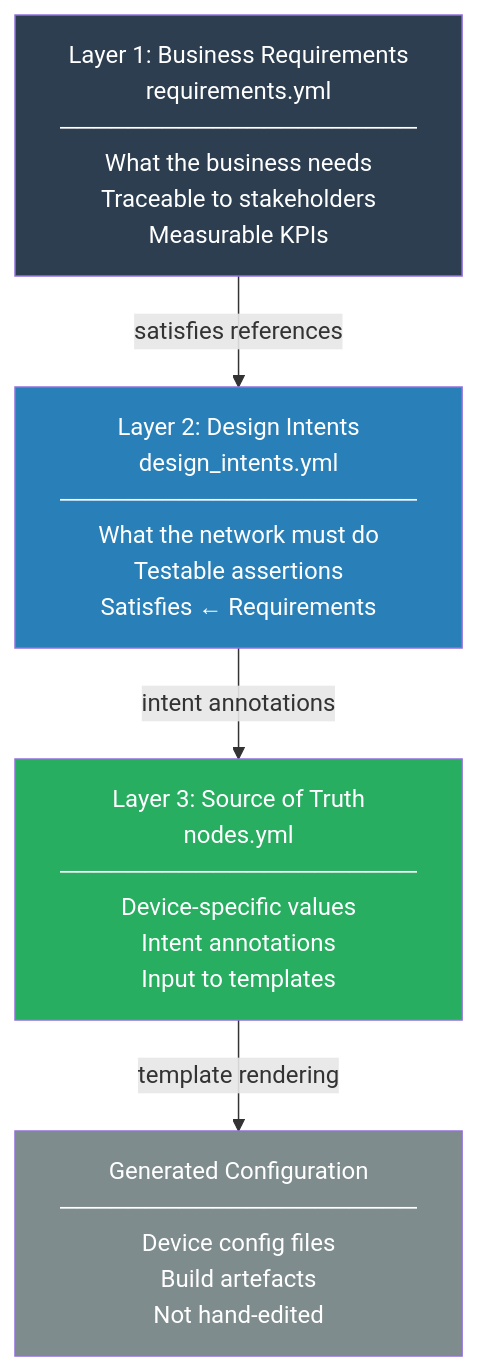
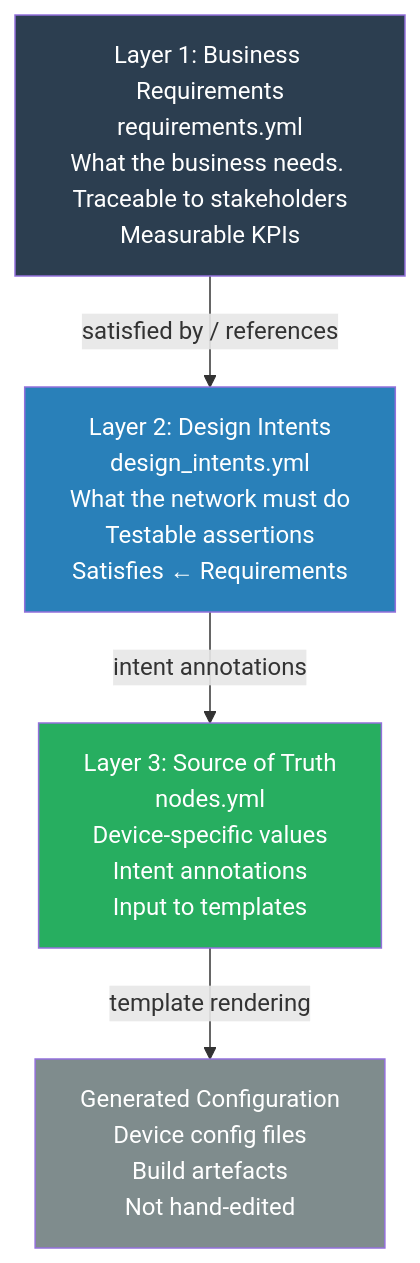
One commit to ppklau/network_automation_handbook changed the second of 3 diagrams in 06-architecture-patterns/chapter.md. Above: the diagram before and after it, drawn with Mermaid.

Commit message:
Minor change to diagram.

````diff
--- a/06-architecture-patterns/chapter.md
+++ b/06-architecture-patterns/chapter.md
@@ -102,16 +102,16 @@
 ```mermaid
-graph TD
-    L1["Layer 1: Business Requirements<br>requirements.yml<br>─────────────────────<br>What the business needs<br>Traceable to stakeholders<br>Measurable KPIs"]
-    L2["Layer 2: Design Intents<br>design_intents.yml<br>─────────────────────<br>What the network must do<br>Testable assertions<br>Satisfies ← Requirements"]
-    L3["Layer 3: Source of Truth<br>nodes.yml<br>─────────────────────<br>Device-specific values<br>Intent annotations<br>Input to templates"]
-    L4["Generated Configuration<br>─────────────────────<br>Device config files<br>Build artefacts<br>Not hand-edited"]
+flowchart TD
+    L1["Layer 1: Business Requirements<br>requirements.yml<br>What the business needs. Traceable to stakeholders<br>Measurable KPIs"]
+    L2["Layer 2: Design Intents<br>design_intents.yml<br>What the network must do<br>Testable assertions<br>Satisfies ← Requirements"]
+    L3["Layer 3: Source of Truth<br>nodes.yml<br>Device-specific values<br>Intent annotations<br>Input to templates"]
+    L4["Generated Configuration<br>Device config files<br>Build artefacts<br>Not hand-edited"]
 
-    L1 -->|"satisfies references"| L2
+    L1 -->|"satisfied by / references"| L2
     L2 -->|"intent annotations"| L3
     L3 -->|"template rendering"| L4
 
     style L1 fill:#2c3e50,color:#fff
     style L2 fill:#2980b9,color:#fff
     style L3 fill:#27ae60,color:#fff
     style L4 fill:#7f8c8d,color:#fff
 ```
````
